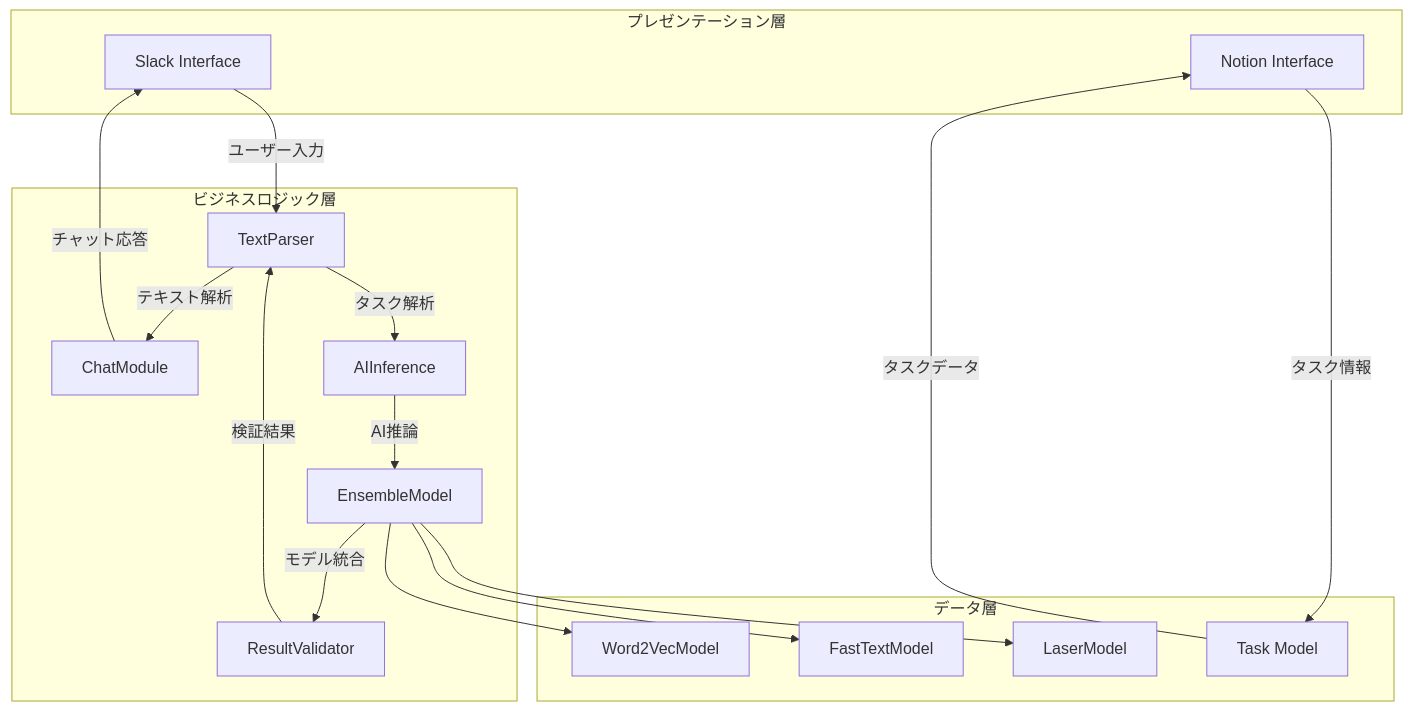
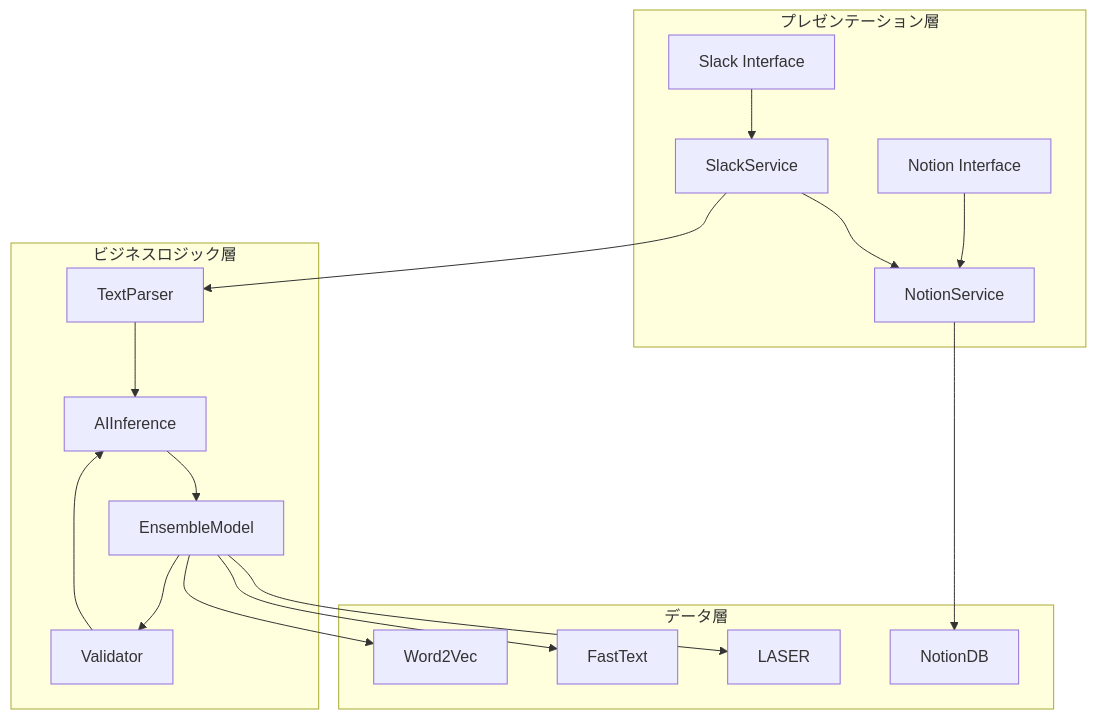
Before and after one commit to YL08140921/Task-Manager-for-Slack-bot: the first of 3 diagrams in docs/システム概要.md, drawn with Mermaid. The commit also changed other lines of this file, not shown here.

Commit message:
システム概要のdocs-修正

````diff
--- a/docs/システム概要.md
+++ b/docs/システム概要.md
@@ -18,35 +18,24 @@
 ```mermaid
 graph TB
     subgraph "プレゼンテーション層"
-        A[Slack Interface]
-        B[Notion Interface]
+        A[Slack Interface] --> B[SlackService]
+        C[Notion Interface] --> D[NotionService]
     end
 
     subgraph "ビジネスロジック層"
-        C[TextParser]
-        D[ChatModule]
-        E[AIInference]
-        F[EnsembleModel]
-        G[ResultValidator]
+        B --> E[TextParser]
+        B --> D
+        
+        E --> F[AIInference]
+        F --> G[EnsembleModel]
+        G --> H[Validator]
+        H --> F
     end
 
     subgraph "データ層"
-        H[Word2VecModel]
-        I[FastTextModel]
-        J[LaserModel]
-        K[Task Model]
+        G --> I[Word2Vec]
+        G --> J[FastText]
+        G --> K[LASER]
+        D --> L[NotionDB]
     end
-
-    A -->|ユーザー入力| C
-    B -->|タスク情報| K
-    C -->|テキスト解析| D
-    C -->|タスク解析| E
-    D -->|チャット応答| A
-    E -->|AI推論| F
-    F -->|モデル統合| G
-    G -->|検証結果| C
-    F --> H
-    F --> I
-    F --> J
-    K -->|タスクデータ| B
 ```
````
